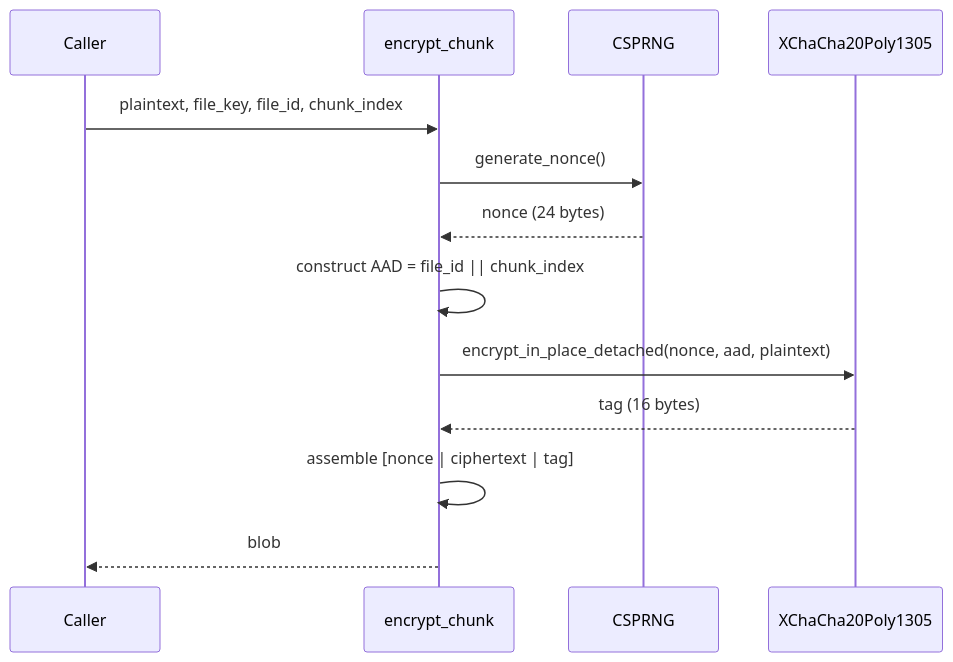
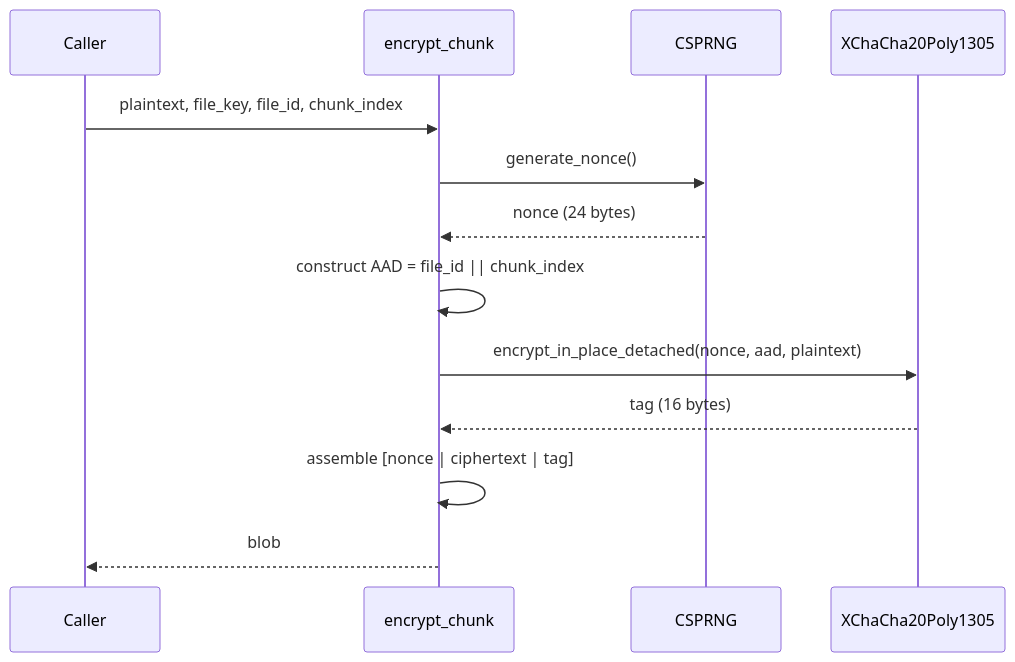
The first of 2 diagrams in docs/how-it-works/file-encryption.md (salgaard/arx-runa), drawn with Mermaid before and after one commit. The commit also changed other lines of this file and 22 other files, not shown here.

Commit message:
new github actions for secret scan and improve diagrams

````diff
--- a/docs/how-it-works/file-encryption.md
+++ b/docs/how-it-works/file-encryption.md
@@ -37,16 +37,16 @@
 ```mermaid
 sequenceDiagram
     participant Caller
     participant encrypt_chunk
     participant CSPRNG
     participant XChaCha20Poly1305
 
     Caller->>encrypt_chunk: plaintext, file_key, file_id, chunk_index
     encrypt_chunk->>CSPRNG: generate_nonce()
     CSPRNG-->>encrypt_chunk: nonce (24 bytes)
-    encrypt_chunk->>encrypt_chunk: construct AAD = file_id || chunk_index
+    encrypt_chunk->>encrypt_chunk: construct AAD = file_id #124;#124; chunk_index
     encrypt_chunk->>XChaCha20Poly1305: encrypt_in_place_detached(nonce, aad, plaintext)
     XChaCha20Poly1305-->>encrypt_chunk: tag (16 bytes)
-    encrypt_chunk->>encrypt_chunk: assemble [nonce | ciphertext | tag]
+    encrypt_chunk->>encrypt_chunk: assemble [nonce #124; ciphertext #124; tag]
     encrypt_chunk-->>Caller: blob
 ```
````
